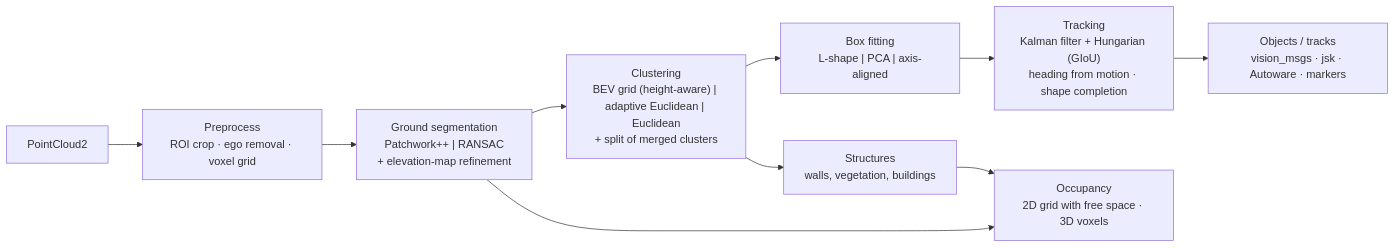
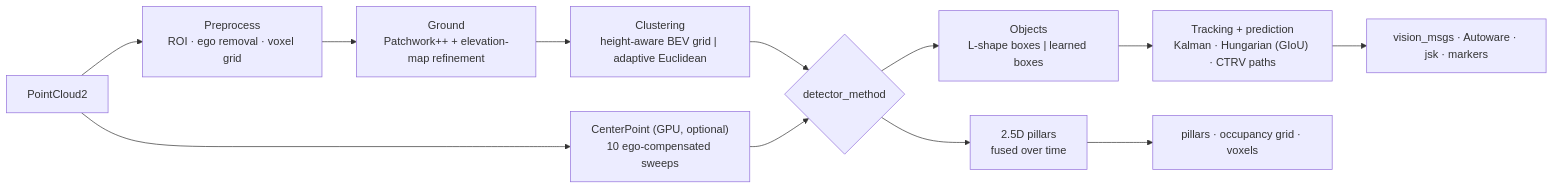
Before and after one commit to SS47816/lidar_obstacle_detector: the diagram in README.md, drawn with Mermaid. The commit also changed other lines of this file and 21 other files, not shown here.

````diff
--- a/README.md
+++ b/README.md
@@ -51,12 +131,14 @@
 ```mermaid
 flowchart LR
-  A[PointCloud2] --> B["Preprocess<br/>ROI crop · ego removal · voxel grid"]
-  B --> C["Ground segmentation<br/>Patchwork++ | RANSAC<br/>+ elevation-map refinement"]
-  C --> D["Clustering<br/>BEV grid (height-aware) | adaptive Euclidean | Euclidean<br/>+ split of merged clusters"]
-  D --> E["Box fitting<br/>L-shape | PCA | axis-aligned"]
-  D --> S["Structures<br/>walls, vegetation, buildings"]
-  E --> F["Tracking<br/>Kalman filter + Hungarian (GIoU)<br/>heading from motion · shape completion"]
-  F --> G["Objects / tracks<br/>vision_msgs · jsk · Autoware · markers"]
-  C --> O["Occupancy<br/>2D grid with free space · 3D voxels"]
-  S --> O
+  A[PointCloud2] --> B["Preprocess<br/>ROI · ego removal · voxel grid"]
+  B --> C["Ground<br/>Patchwork++ + elevation-map refinement"]
+  C --> D["Clustering<br/>height-aware BEV grid | adaptive Euclidean"]
+  A --> N["CenterPoint (GPU, optional)<br/>10 ego-compensated sweeps"]
+  D --> M{"detector_method"}
+  N --> M
+  M --> E["Objects<br/>L-shape boxes | learned boxes"]
+  M --> P["2.5D pillars<br/>fused over time"]
+  E --> F["Tracking + prediction<br/>Kalman · Hungarian (GIoU) · CTRV paths"]
+  F --> G["vision_msgs · Autoware · jsk · markers"]
+  P --> O["pillars · occupancy grid · voxels"]
 ```
````
